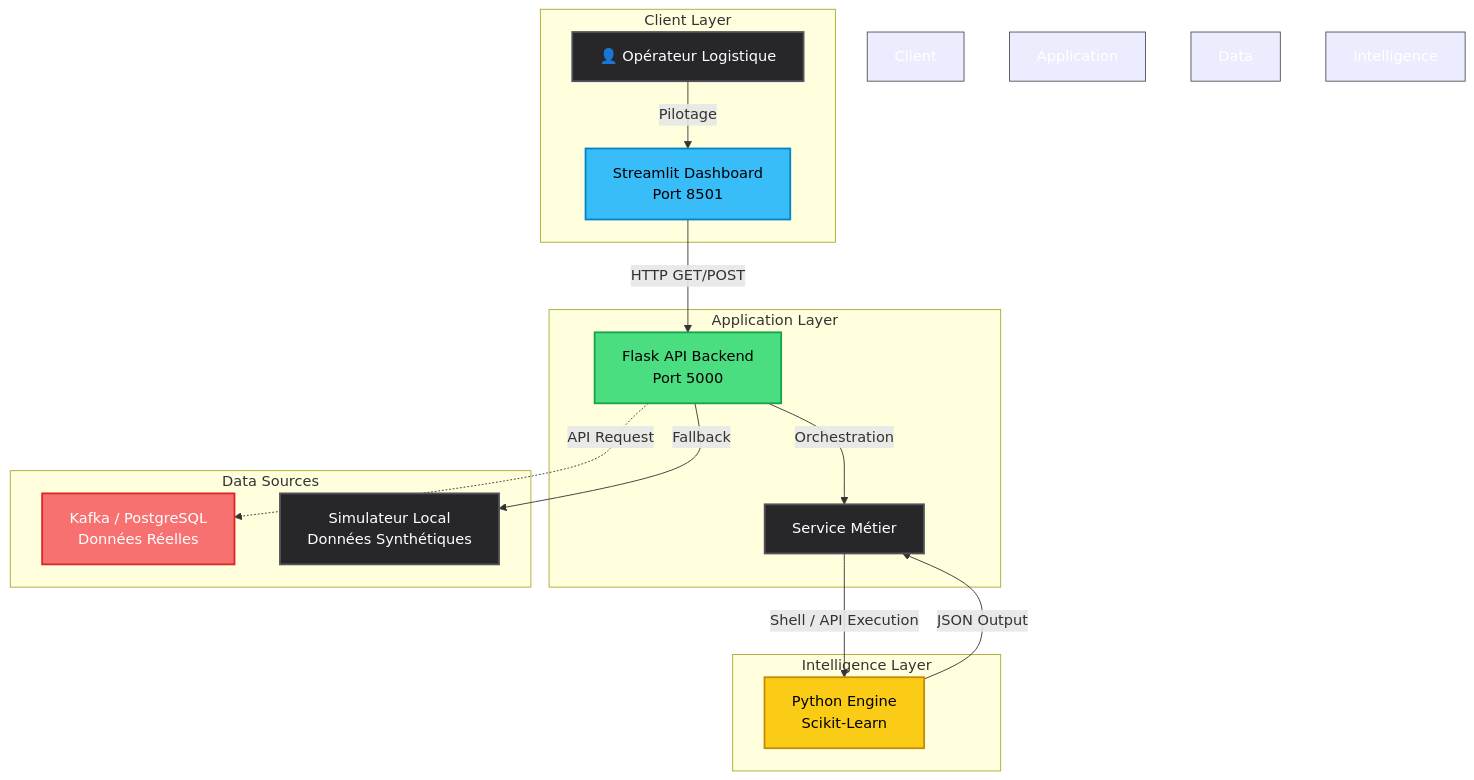
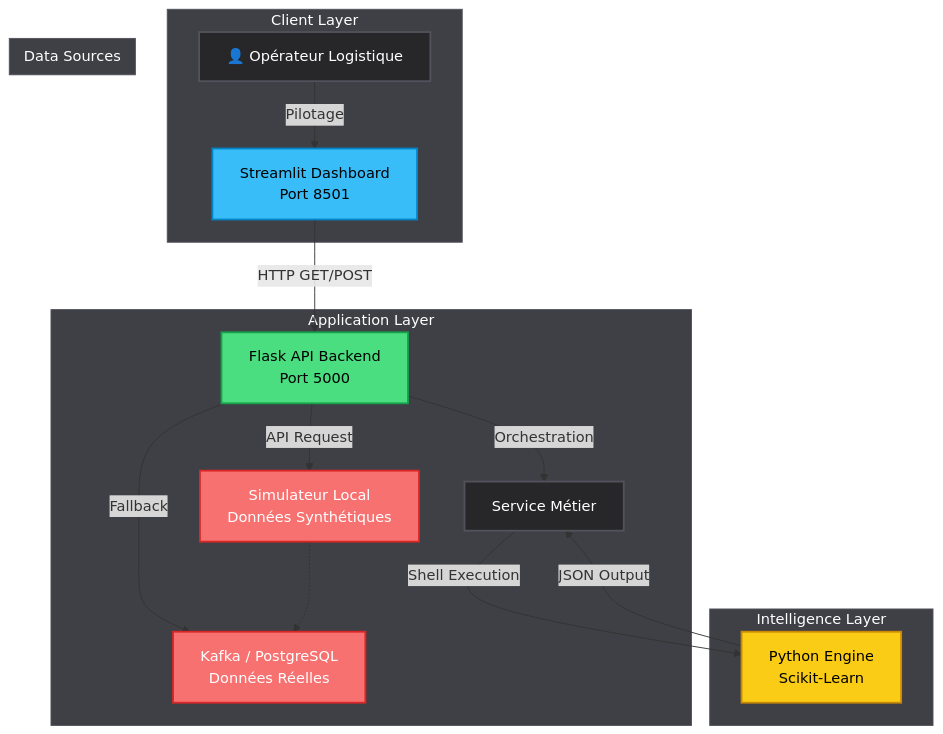
One commit to Lkb-2905/Camrail-Industrial-Data-Platform-End-To-End changed the first of 2 diagrams in Camrail-Industrial-Data-Platform/README.md. Above: the diagram before and after it, drawn with Mermaid. The commit also changed other lines of this file and 7 other files, not shown here.

Commit message:
Mise à jour README, DOSSIER_SECURITE, diagrammes flux (formulaire standardisé)

````diff
--- a/Camrail-Industrial-Data-Platform/README.md
+++ b/Camrail-Industrial-Data-Platform/README.md
@@ -55,41 +55,39 @@
 ```mermaid
 flowchart TD
-    %% Styling
     classDef client fill:#38bdf8,stroke:#0284c7,stroke-width:2px,color:#000
     classDef app fill:#4ade80,stroke:#16a34a,stroke-width:2px,color:#000
     classDef intel fill:#facc15,stroke:#ca8a04,stroke-width:2px,color:#000
     classDef data fill:#f87171,stroke:#dc2626,stroke-width:2px,color:#fff
     classDef darkBox fill:#27272a,stroke:#52525b,stroke-width:2px,color:#fff
 
-    subgraph Client Layer
+    subgraph Client_Layer["Client Layer"]
         O[👤 Opérateur Logistique]:::darkBox -->|Pilotage| R[Streamlit Dashboard<br>Port 8501]:::client
     end
 
-    subgraph Application Layer
+    subgraph Application_Layer["Application Layer"]
         N[Flask API Backend<br>Port 5000]:::app
         S[Service Métier]:::darkBox
+        R -->|HTTP GET/POST| N
+        N -->|API Request| SL
+        N -->|Fallback| OM
         N -->|Orchestration| S
     end
 
-    subgraph Data Sources
+    subgraph Data_Sources["Data Sources"]
         OM[Kafka / PostgreSQL<br>Données Réelles]:::data
-        SL[Simulateur Local<br>Données Synthétiques]:::darkBox
+        SL[Simulateur Local<br>Données Synthétiques]:::data
+        SL -.-> OM
     end
 
-    subgraph Intelligence Layer
+    subgraph Intelligence_Layer["Intelligence Layer"]
         P[Python Engine<br>Scikit-Learn]:::intel
     end
 
-    %% Connections
-    R -->|HTTP GET/POST| N
-    N -.->|API Request| OM
-    N -->|Fallback| SL
-    S -->|Shell / API Execution| P
+    S -->|Shell Execution| P
     P -->|JSON Output| S
 
-    %% Custom styles for Subgraphs
-    style Client Layer fill:#3f3f46,stroke:#52525b,color:#fff
-    style Application Layer fill:#3f3f46,stroke:#52525b,color:#fff
-    style Data Sources fill:#3f3f46,stroke:#52525b,color:#fff
-    style Intelligence Layer fill:#3f3f46,stroke:#52525b,color:#fff
+    style Client_Layer fill:#3f3f46,stroke:#52525b,color:#fff
+    style Application_Layer fill:#3f3f46,stroke:#52525b,color:#fff
+    style Data_Sources fill:#3f3f46,stroke:#52525b,color:#fff
+    style Intelligence_Layer fill:#3f3f46,stroke:#52525b,color:#fff
 ```
````
